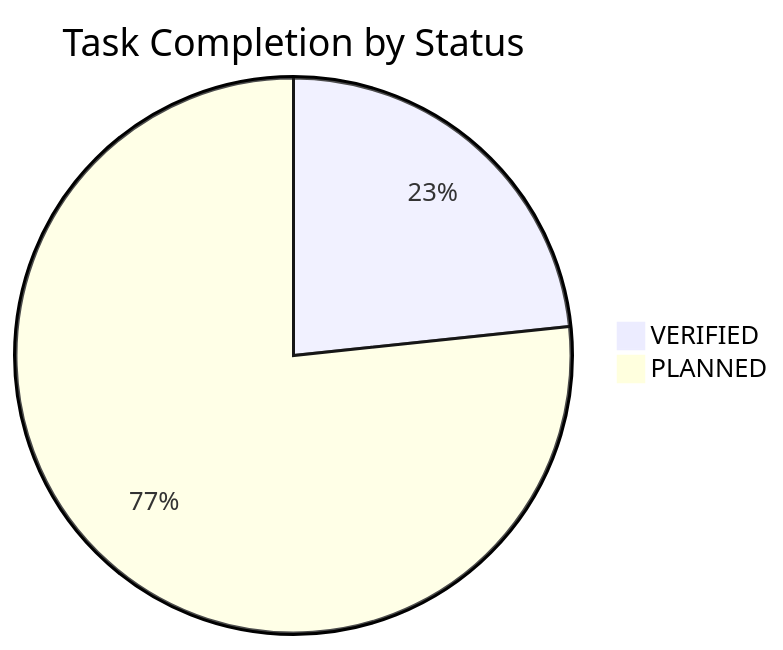
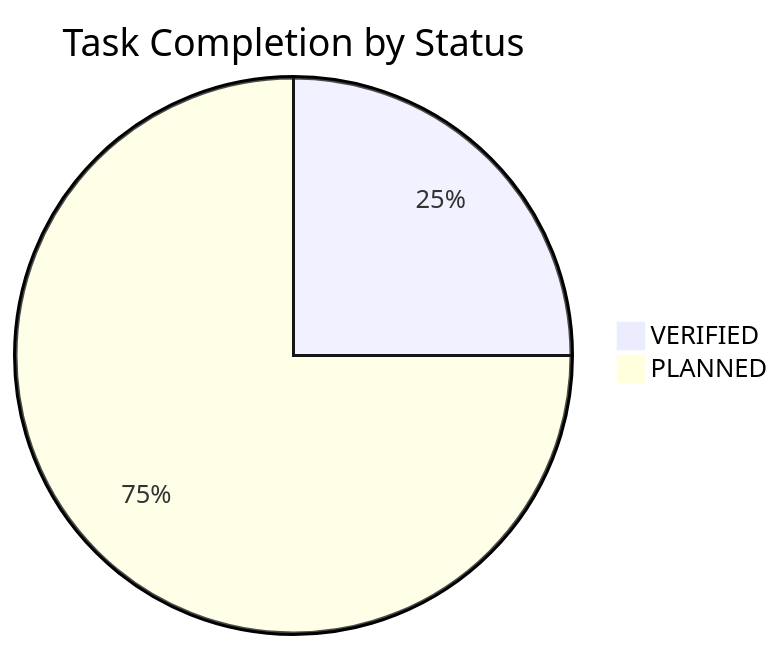
Before and after one commit to NguyenTriBaoThang/ClearWayAI: the diagram in docs/TASK_BOARD.md, drawn with Mermaid. The commit also changed other lines of this file and 4 other files, not shown here.

````diff
--- a/docs/TASK_BOARD.md
+++ b/docs/TASK_BOARD.md
@@ -16,5 +16,5 @@
 ```mermaid
 pie title Task Completion by Status
-    "VERIFIED" : 14
-    "PLANNED" : 46
+    "VERIFIED" : 15
+    "PLANNED" : 45
 ```
````
